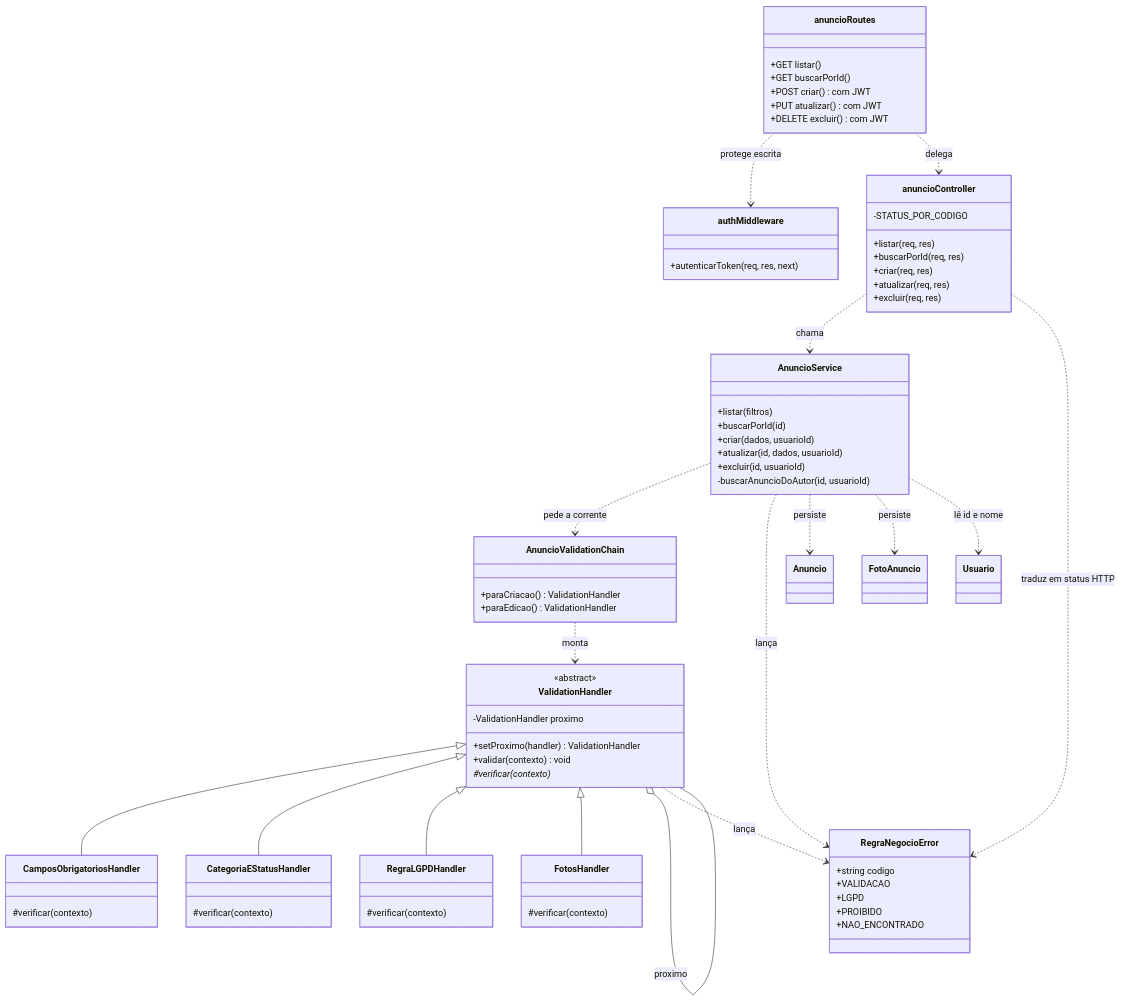
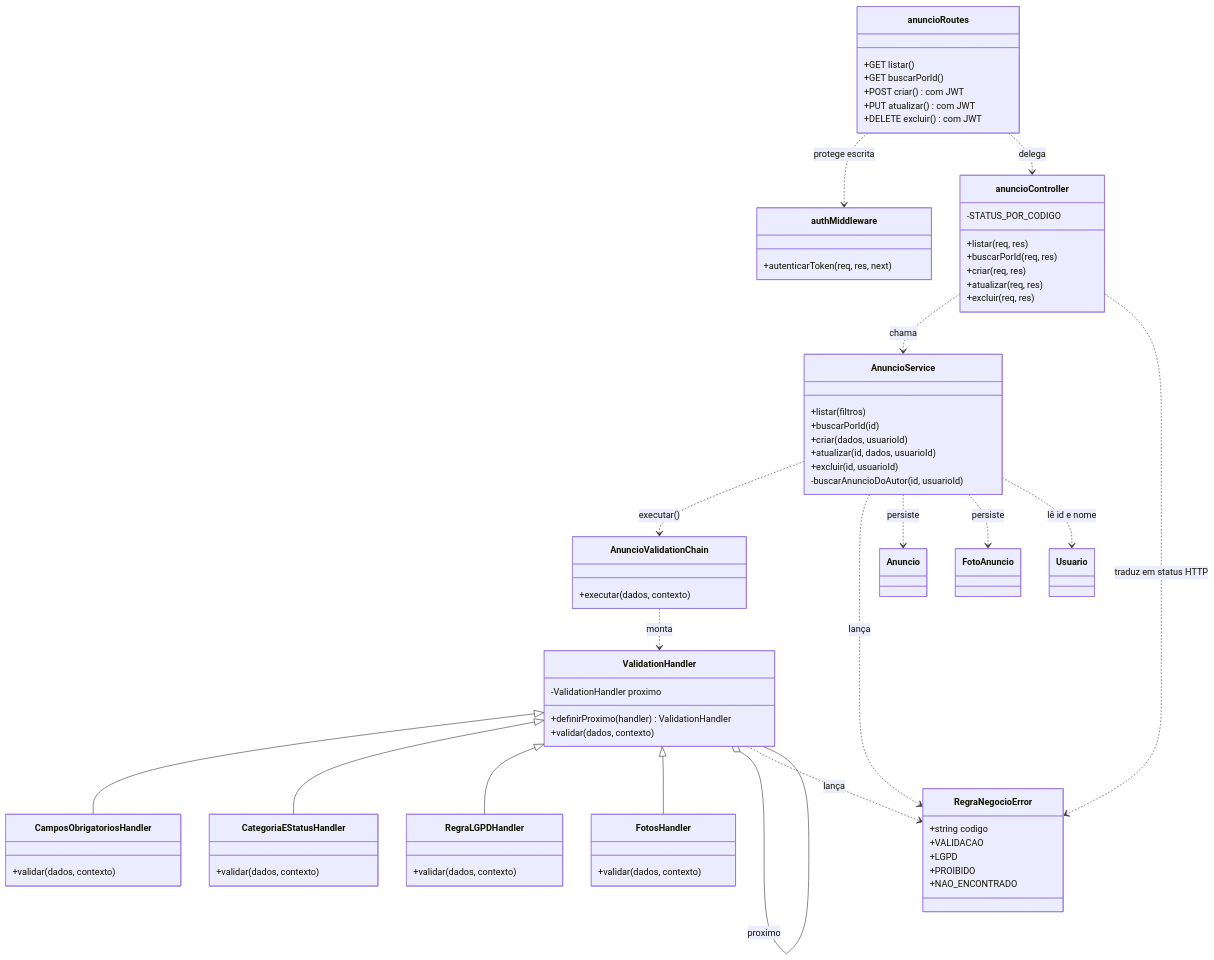
One commit to Matheus-Castro-Paula/Radar-UFLA changed the sixth of 6 diagrams in docs/modelagem/modelagem.md. Above: the diagram before and after it, drawn with Mermaid. The commit also changed other lines of this file and 4 other files, not shown here.

````diff
--- a/docs/modelagem/modelagem.md
+++ b/docs/modelagem/modelagem.md
@@ -314,76 +314,73 @@
 ```mermaid
 classDiagram
     class anuncioRoutes {
         +GET listar()
         +GET buscarPorId()
         +POST criar() com JWT
         +PUT atualizar() com JWT
         +DELETE excluir() com JWT
     }
     class anuncioController {
         -STATUS_POR_CODIGO
         +listar(req, res)
         +buscarPorId(req, res)
         +criar(req, res)
         +atualizar(req, res)
         +excluir(req, res)
     }
     class AnuncioService {
         +listar(filtros)
         +buscarPorId(id)
         +criar(dados, usuarioId)
         +atualizar(id, dados, usuarioId)
         +excluir(id, usuarioId)
         -buscarAnuncioDoAutor(id, usuarioId)
     }
     class AnuncioValidationChain {
-        +paraCriacao() ValidationHandler
-        +paraEdicao() ValidationHandler
+        +executar(dados, contexto)
     }
     class ValidationHandler {
-        <<abstract>>
         -ValidationHandler proximo
-        +setProximo(handler) ValidationHandler
-        +validar(contexto) void
-        #verificar(contexto)*
+        +definirProximo(handler) ValidationHandler
+        +validar(dados, contexto)
     }
     class CamposObrigatoriosHandler {
-        #verificar(contexto)
+        +validar(dados, contexto)
     }
     class CategoriaEStatusHandler {
-        #verificar(contexto)
+        +validar(dados, contexto)
     }
     class RegraLGPDHandler {
-        #verificar(contexto)
+        +validar(dados, contexto)
     }
     class FotosHandler {
-        #verificar(contexto)
+        +validar(dados, contexto)
     }
     class RegraNegocioError {
         +string codigo
         +VALIDACAO
         +LGPD
         +PROIBIDO
         +NAO_ENCONTRADO
     }
     class authMiddleware {
         +autenticarToken(req, res, next)
     }
 
     anuncioRoutes ..> authMiddleware : protege escrita
     anuncioRoutes ..> anuncioController : delega
     anuncioController ..> AnuncioService : chama
     anuncioController ..> RegraNegocioError : traduz em status HTTP
-    AnuncioService ..> AnuncioValidationChain : pede a corrente
+    AnuncioService ..> AnuncioValidationChain : executar()
     AnuncioValidationChain ..> ValidationHandler : monta
     ValidationHandler <|-- CamposObrigatoriosHandler
     ValidationHandler <|-- CategoriaEStatusHandler
     ValidationHandler <|-- RegraLGPDHandler
     ValidationHandler <|-- FotosHandler
     ValidationHandler o-- ValidationHandler : proximo
     ValidationHandler ..> RegraNegocioError : lança
     AnuncioService ..> RegraNegocioError : lança
     AnuncioService ..> Anuncio : persiste
     AnuncioService ..> FotoAnuncio : persiste
     AnuncioService ..> Usuario : lê id e nome
 ```
````
